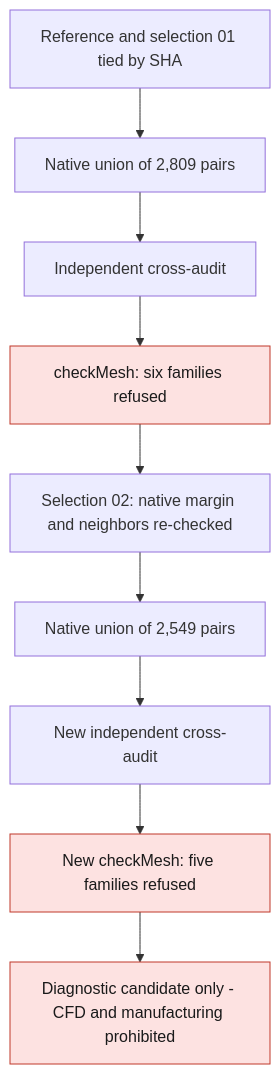
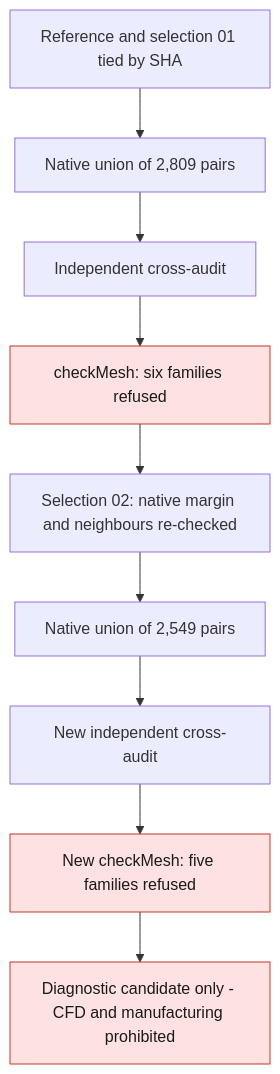
One commit to cluster2600/porscheparts changed the diagram in docs/reports/M64_AGGLOMERATION_LOCALE_20260908.md. Above: the diagram before and after it, drawn with Mermaid. The commit also changed other lines of this file and 480 other files, not shown here.

````diff
--- a/docs/reports/M64_AGGLOMERATION_LOCALE_20260908.md
+++ b/docs/reports/M64_AGGLOMERATION_LOCALE_20260908.md
@@ -95,13 +95,13 @@
 ```mermaid
 flowchart TD
     A["Reference and selection 01 tied by SHA"] --> B["Native union of 2,809 pairs"]
     B --> C["Independent cross-audit"]
     C --> D["checkMesh: six families refused"]
-    D --> E["Selection 02: native margin and neighbors re-checked"]
+    D --> E["Selection 02: native margin and neighbours re-checked"]
     E --> F["Native union of 2,549 pairs"]
     F --> G["New independent cross-audit"]
     G --> H["New checkMesh: five families refused"]
     H --> I["Diagnostic candidate only - CFD and manufacturing prohibited"]
     classDef stop fill:#fde2e1,stroke:#c0392b,color:#1a1a1a;
     class D,H,I stop
 ```
````
